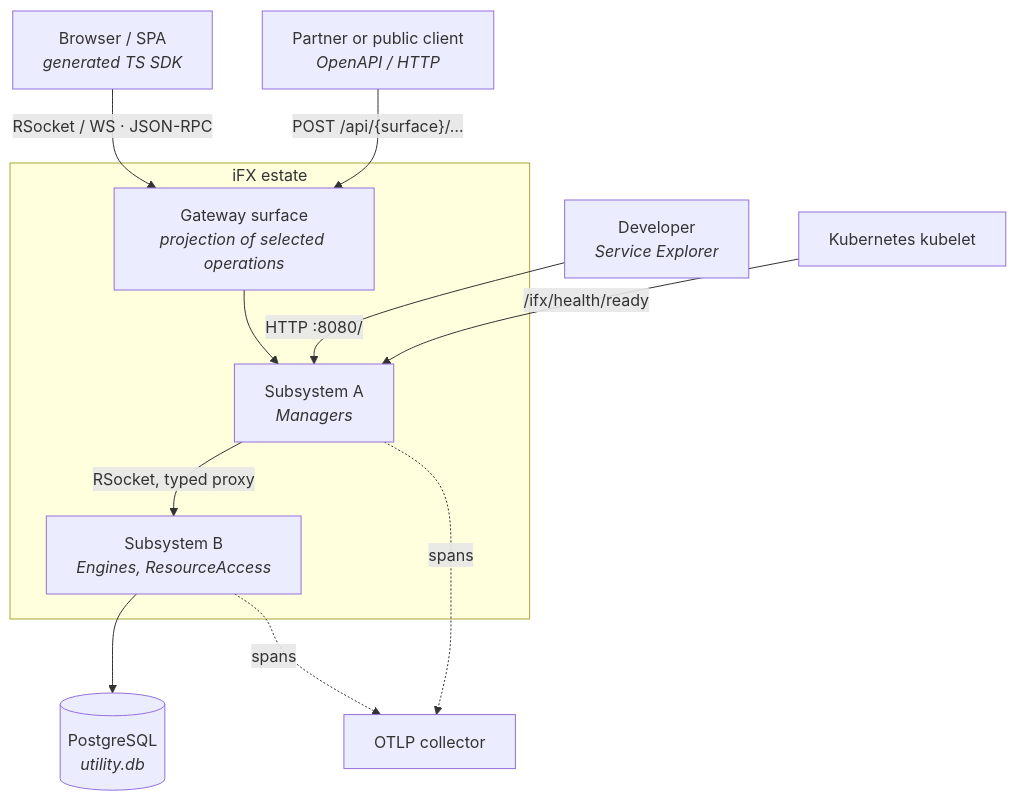
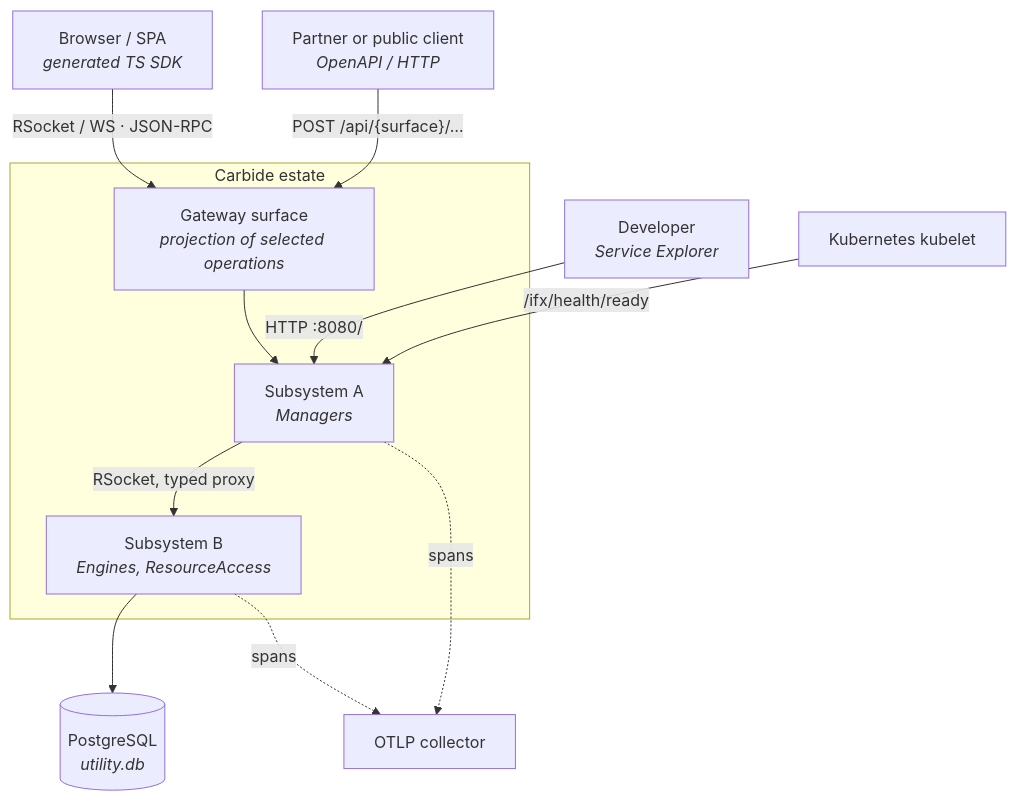
One commit to carbide-ifx/carbide changed the first of 10 diagrams in docs/diagrams.md. Above: the diagram before and after it, drawn with Mermaid. The commit also changed other lines of this file and 43 other files, not shown here.

````diff
--- a/docs/diagrams.md
+++ b/docs/diagrams.md
@@ -21,26 +21,26 @@
 ```mermaid
 flowchart TB
     browser["Browser / SPA<br/><i>generated TS SDK</i>"]
     partner["Partner or public client<br/><i>OpenAPI / HTTP</i>"]
     dev["Developer<br/><i>Service Explorer</i>"]
     k8s["Kubernetes kubelet"]
     otel["OTLP collector"]
 
-    subgraph estate["iFX estate"]
+    subgraph estate["Carbide estate"]
         gw["Gateway surface<br/><i>projection of selected operations</i>"]
         s1["Subsystem A<br/><i>Managers</i>"]
         s2["Subsystem B<br/><i>Engines, ResourceAccess</i>"]
     end
 
     db[("PostgreSQL<br/><i>utility.db</i>")]
 
     browser -->|"RSocket / WS · JSON-RPC"| gw
     partner -->|"POST /api/{surface}/…"| gw
     dev -->|"HTTP :8080/"| s1
     k8s -->|"/ifx/health/ready"| s1
     gw --> s1
     s1 -->|"RSocket, typed proxy"| s2
     s2 --> db
     s1 -.->|"spans"| otel
     s2 -.->|"spans"| otel
 ```
````
